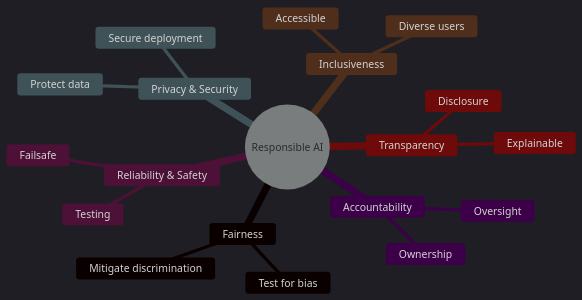
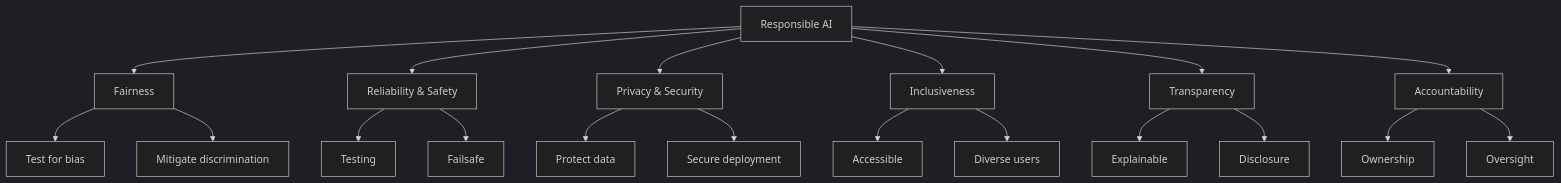
Before and after one commit to antonprafanto/dasarAI2026: the ninth of 9 diagrams in bab-10-etika.md, drawn with Mermaid (dark theme). The commit also changed 2 other files, not shown here.

Commit message:
Fix: Replace mindmap diagrams with flowcharts for GitHub dark mode compatibility

````diff
--- a/bab-10-etika.md
+++ b/bab-10-etika.md
@@ -393,22 +393,29 @@
 ```mermaid
-mindmap
-  root((Responsible AI))
-    Fairness
-      Test for bias
-      Mitigate discrimination
-    Reliability & Safety
-      Testing
-      Failsafe
-    Privacy & Security
-      Protect data
-      Secure deployment
-    Inclusiveness
-      Accessible
-      Diverse users
-    Transparency
-      Explainable
-      Disclosure
-    Accountability
-      Ownership
-      Oversight
+flowchart TD
+    Root["Responsible AI"]
+    
+    Root --> F["Fairness"]
+    Root --> RS["Reliability & Safety"]
+    Root --> PS["Privacy & Security"]
+    Root --> IN["Inclusiveness"]
+    Root --> TR["Transparency"]
+    Root --> AC["Accountability"]
+    
+    F --> F1[Test for bias]
+    F --> F2[Mitigate discrimination]
+    
+    RS --> RS1[Testing]
+    RS --> RS2[Failsafe]
+    
+    PS --> PS1[Protect data]
+    PS --> PS2[Secure deployment]
+    
+    IN --> IN1[Accessible]
+    IN --> IN2[Diverse users]
+    
+    TR --> TR1[Explainable]
+    TR --> TR2[Disclosure]
+    
+    AC --> AC1[Ownership]
+    AC --> AC2[Oversight]
 ```
````
